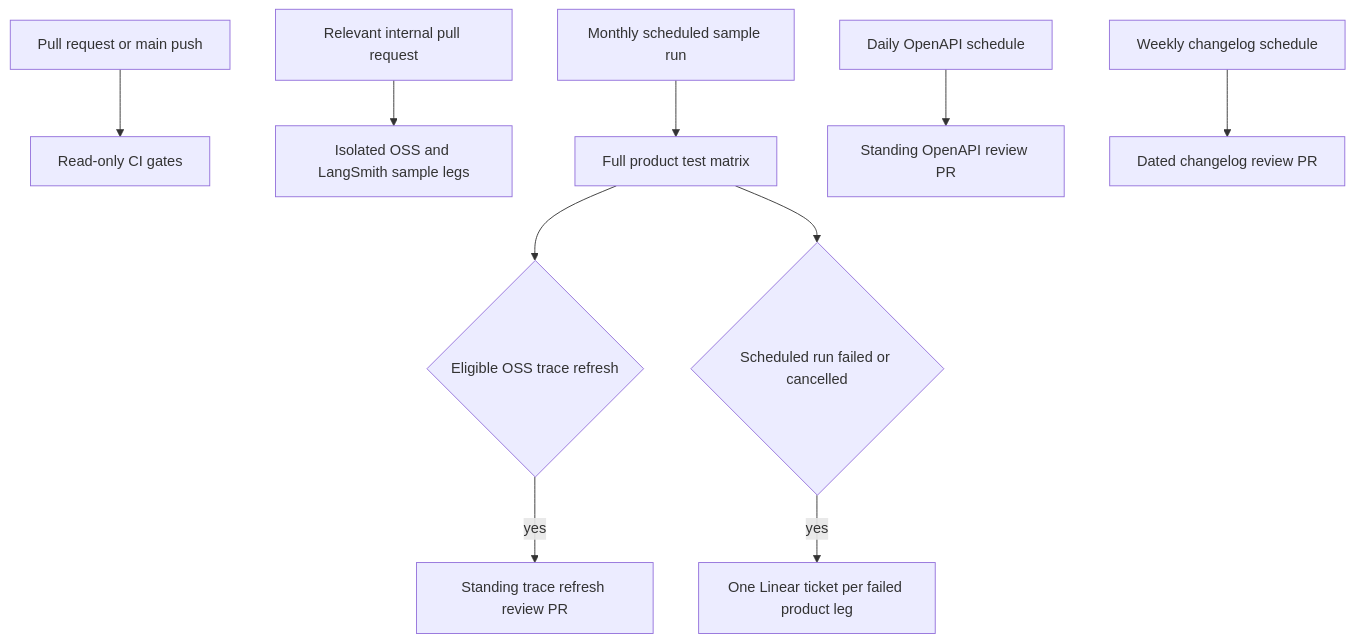
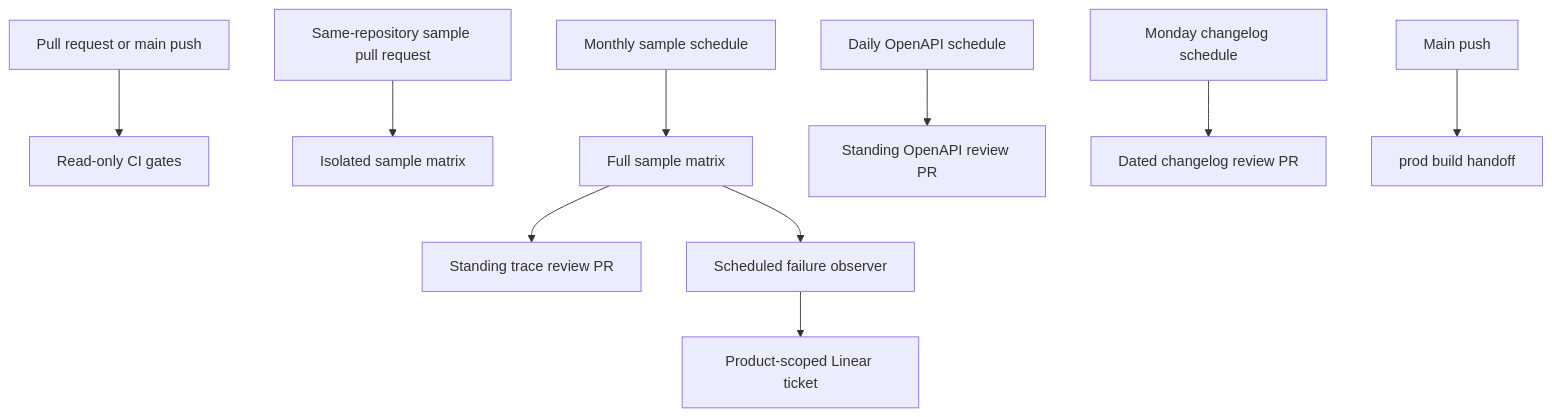
One commit to langchain-ai/docs changed the first of 2 diagrams in openwiki/integrations/github-actions.md. Above: the diagram before and after it, drawn with Mermaid. The commit also changed other lines of this file and 39 other files, not shown here.

````diff
--- a/openwiki/integrations/github-actions.md
+++ b/openwiki/integrations/github-actions.md
@@ -45,12 +49,12 @@
 ```mermaid
 flowchart TD
   Change["Pull request or main push"] --> CI["Read-only CI gates"]
-  Sample["Relevant internal pull request"] --> Matrix["Isolated OSS and LangSmith sample legs"]
-  Monthly["Monthly scheduled sample run"] --> Full["Full product test matrix"]
-  Full --> Trace{"Eligible OSS trace refresh"}
-  Trace -->|"yes"| TracePR["Standing trace refresh review PR"]
-  Full --> Observe{"Scheduled run failed or cancelled"}
-  Observe -->|"yes"| Linear["One Linear ticket per failed product leg"]
-  Daily["Daily OpenAPI schedule"] --> API["Standing OpenAPI review PR"]
-  Weekly["Weekly changelog schedule"] --> ChangePR["Dated changelog review PR"]
+  Internal["Same-repository sample pull request"] --> Samples["Isolated sample matrix"]
+  Schedule["Monthly sample schedule"] --> Full["Full sample matrix"]
+  Full --> Trace["Standing trace review PR"]
+  Full --> Observe["Scheduled failure observer"]
+  Observe --> Linear["Product-scoped Linear ticket"]
+  Daily["Daily OpenAPI schedule"] --> ApiPr["Standing OpenAPI review PR"]
+  Weekly["Monday changelog schedule"] --> ChangePr["Dated changelog review PR"]
+  Main["Main push"] --> Publish["prod build handoff"]
 ```
````
